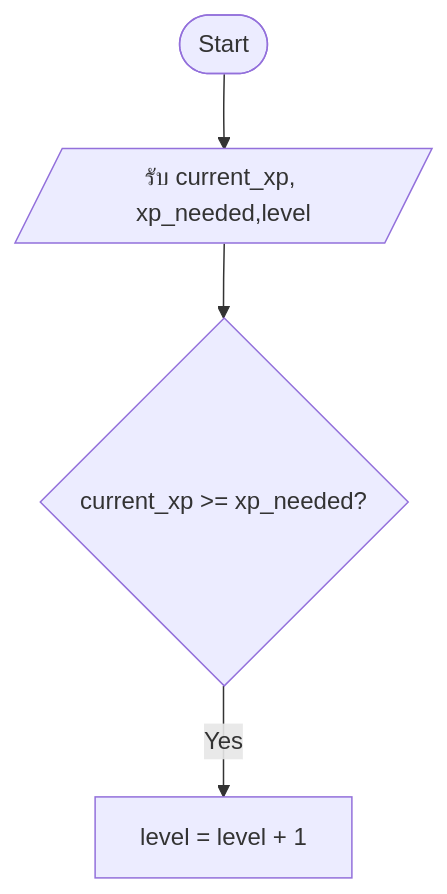
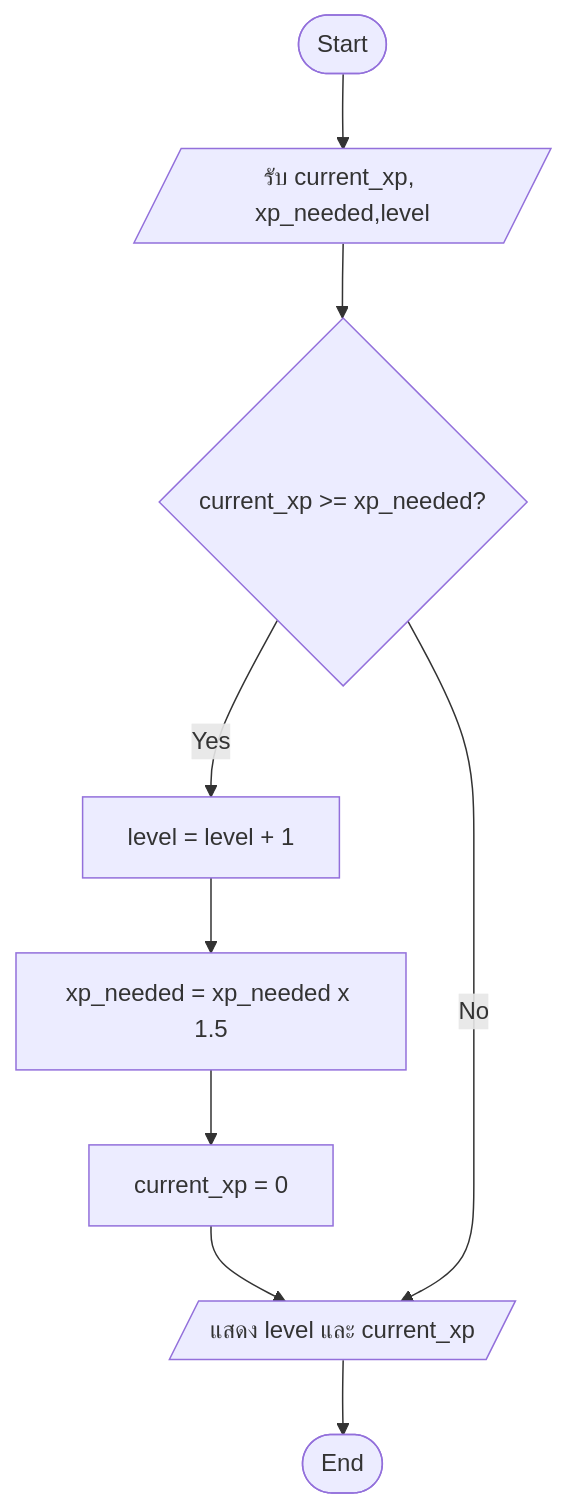
The second of 2 diagrams in week2/ex03_game_algorithm.md (AquaFlows/dg111-170), drawn with Mermaid before and after one commit. The commit also changed 8 other files, not shown here.

````diff
--- a/week2/ex03_game_algorithm.md
+++ b/week2/ex03_game_algorithm.md
@@ -12,7 +12,11 @@
 ```mermaid
 flowchart TD
 	Start([Start]) --> Input[/รับ current_xp, xp_needed,level/]
-	Input --> Calc{current_xp >= xp_needed?}
-	Calc --> |Yes| D1[level = level + 1]
-
+	Input --> D1{current_xp >= xp_needed?}
+	D1 --> |Yes| N1["level = level + 1"]
+	N1 --> Xp1[" xp_needed = xp_needed x 1.5 "]
+	Xp1 --> Xp2["current_xp = 0"]
+	Xp2 --> S[/แสดง level และ current_xp /]
+	D1 --> |No| S[/แสดง level และ current_xp /]
+	S --> End([End])
 ```
````
